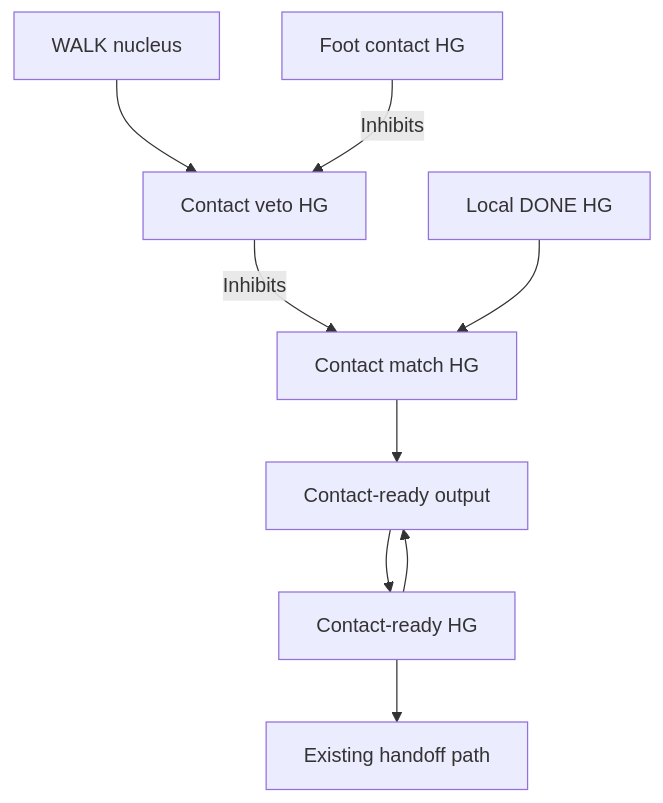
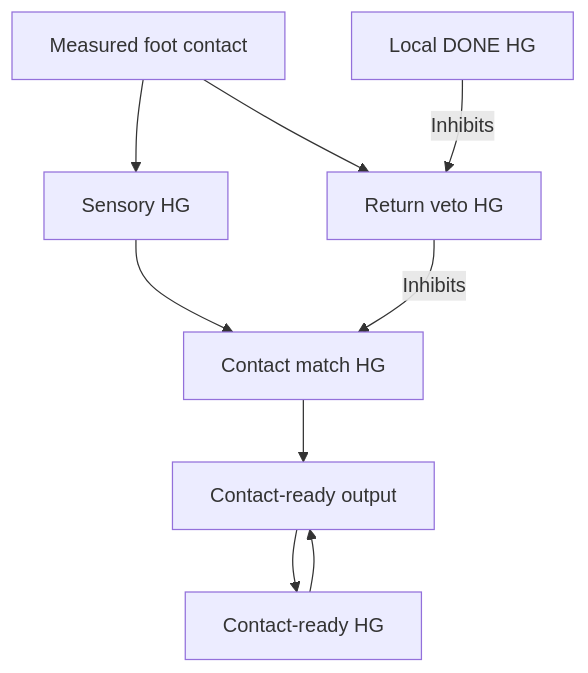
Before and after one commit to artificial-brains-inc/primalux-quadruped-walk-neural-loop: the diagram in docs/CONTACT.md, drawn with Mermaid. The commit also changed other lines of this file and 13 other files, not shown here.

Commit message:
Advance the walking switch from measured foot contact

````diff
--- a/docs/CONTACT.md
+++ b/docs/CONTACT.md
@@ -32,11 +32,11 @@
 ```mermaid
 flowchart TD
-  W["WALK nucleus"] --> V["Contact veto HG"]
-  C["Foot contact HG"] -->|Inhibits| V
-  V -->|Inhibits| M["Contact match HG"]
-  D["Local DONE HG"] --> M
+  C["Measured foot contact"] --> H["Sensory HG"]
+  C --> V["Return veto HG"]
+  H --> M["Contact match HG"]
+  V -->|Inhibits| M
+  D["Local DONE HG"] -->|Inhibits| V
   M --> R["Contact-ready output"]
-  R --> H["Contact-ready HG"]
-  H --> R
-  H --> N["Existing handoff path"]
+  R --> G["Contact-ready HG"]
+  G --> R
 ```
````
